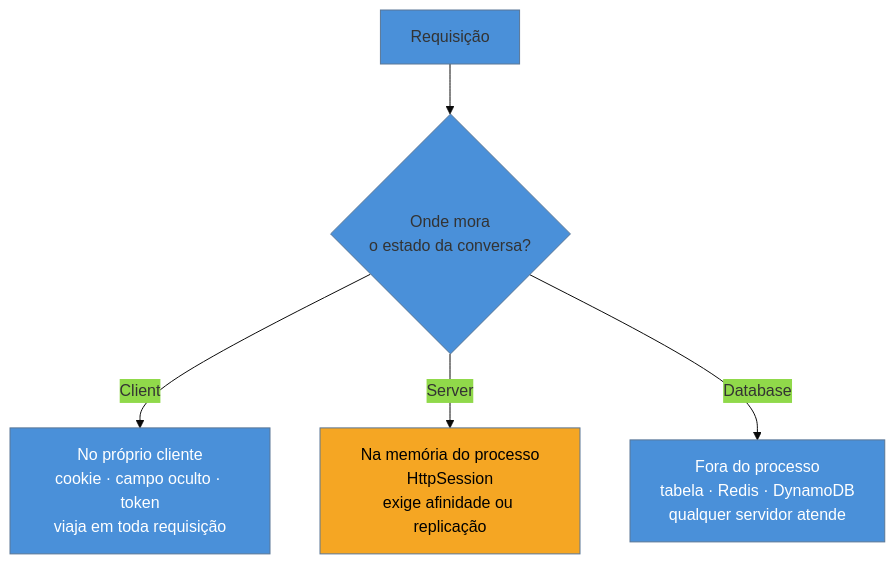
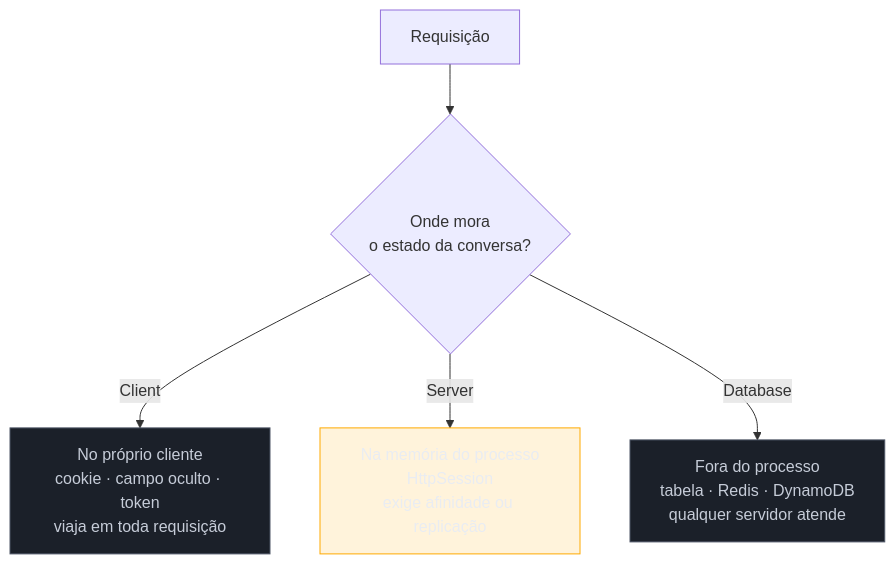
Before and after one commit to josenaldo/codex-technomanticus: the diagram in 03-Dominios/Engenharia/Design de Software/Padrões de Projeto/Aplicação Corporativa/08 - Session State — Client × Server × Database.md, drawn with Mermaid. The commit also changed 1181 other files, not shown here.

First line of the commit message:
fix(diagramas): paleta do sistema no lugar de cor cravada no markdown

````diff
--- a/03-Dominios/Engenharia/Design de Software/Padrões de Projeto/Aplicação Corporativa/08 - Session State — Client × Server × Database.md
+++ b/03-Dominios/Engenharia/Design de Software/Padrões de Projeto/Aplicação Corporativa/08 - Session State — Client × Server × Database.md
@@ -42,12 +42,13 @@
 ```mermaid
-%%{init: {"theme": "base", "themeVariables": {"primaryColor": "#4A90D9"}}}%%
 graph TD
+    classDef neutro fill:#1B2029,stroke:#4E5666,color:#C6CCD8
+    classDef destaque fill:#FFAA0024,stroke:#FFAA00,color:#E9ECF2
     R["Requisição"] --> Q{"Onde mora<br/>o estado da conversa?"}
     Q -->|"Client"| C["No próprio cliente<br/>cookie · campo oculto · token<br/>viaja em toda requisição"]
     Q -->|"Server"| S["Na memória do processo<br/>HttpSession<br/>exige afinidade ou replicação"]
     Q -->|"Database"| D["Fora do processo<br/>tabela · Redis · DynamoDB<br/>qualquer servidor atende"]
 
-    style C fill:#4A90D9,color:#fff
-    style S fill:#F5A623,color:#000
-    style D fill:#4A90D9,color:#fff
+    class C neutro
+    class S destaque
+    class D neutro
 ```
````
